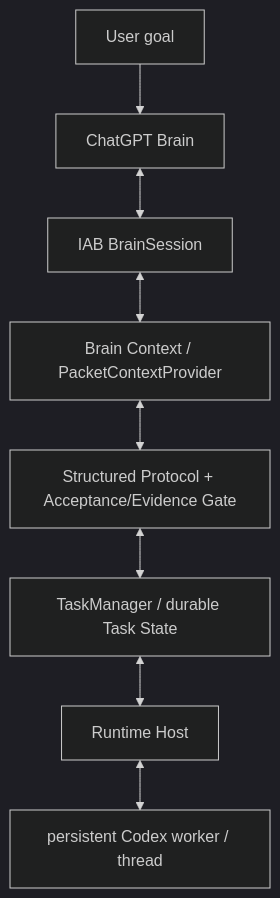
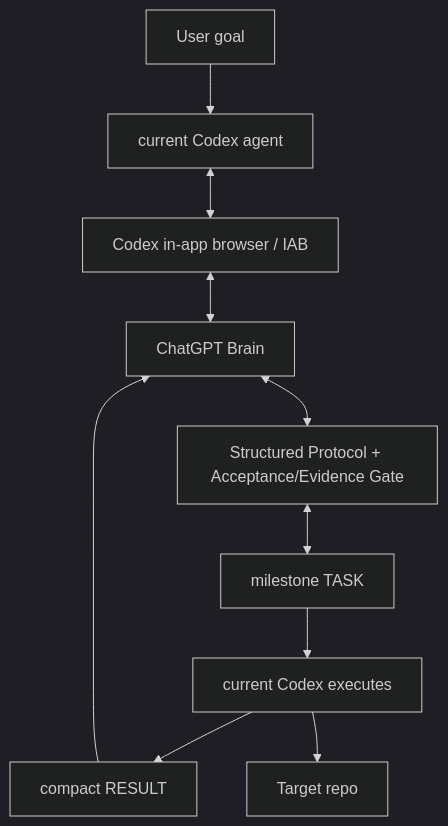
One commit to SIMON-WORLD/chatgpt-codex-orchestrator changed the diagram in README.en.md. Above: the diagram before and after it, drawn with Mermaid (dark theme). The commit also changed other lines of this file and 8 other files, not shown here.

````diff
--- a/README.en.md
+++ b/README.en.md
@@ -37,10 +77,12 @@
 ```mermaid
 flowchart TD
-    U[User goal] --> BRAIN[ChatGPT Brain]
-    BRAIN <--> IAB[IAB BrainSession]
-    IAB <--> CTX[Brain Context / PacketContextProvider]
-    CTX <--> PROTO[Structured Protocol + Acceptance/Evidence Gate]
-    PROTO <--> TM[TaskManager / durable Task State]
-    TM <--> RH[Runtime Host]
-    RH <--> CX[persistent Codex worker / thread]
+    U[User goal] --> CDX[current Codex agent]
+    CDX <--> IAB[Codex in-app browser / IAB]
+    IAB <--> BRAIN[ChatGPT Brain]
+    BRAIN <--> PROTO[Structured Protocol + Acceptance/Evidence Gate]
+    PROTO <--> TASK[milestone TASK]
+    TASK --> EXEC[current Codex executes]
+    EXEC --> RESULT[compact RESULT]
+    RESULT --> BRAIN
+    EXEC --> REPO[Target repo]
 ```
````
